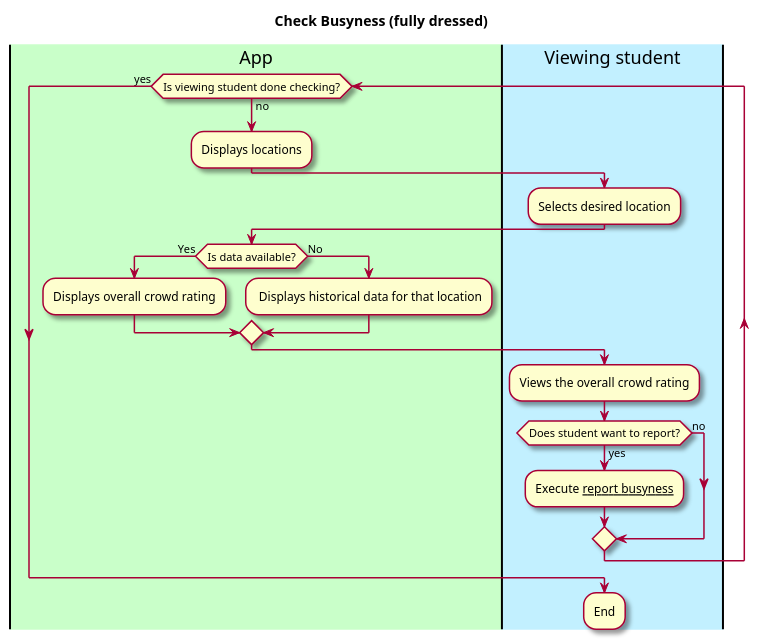
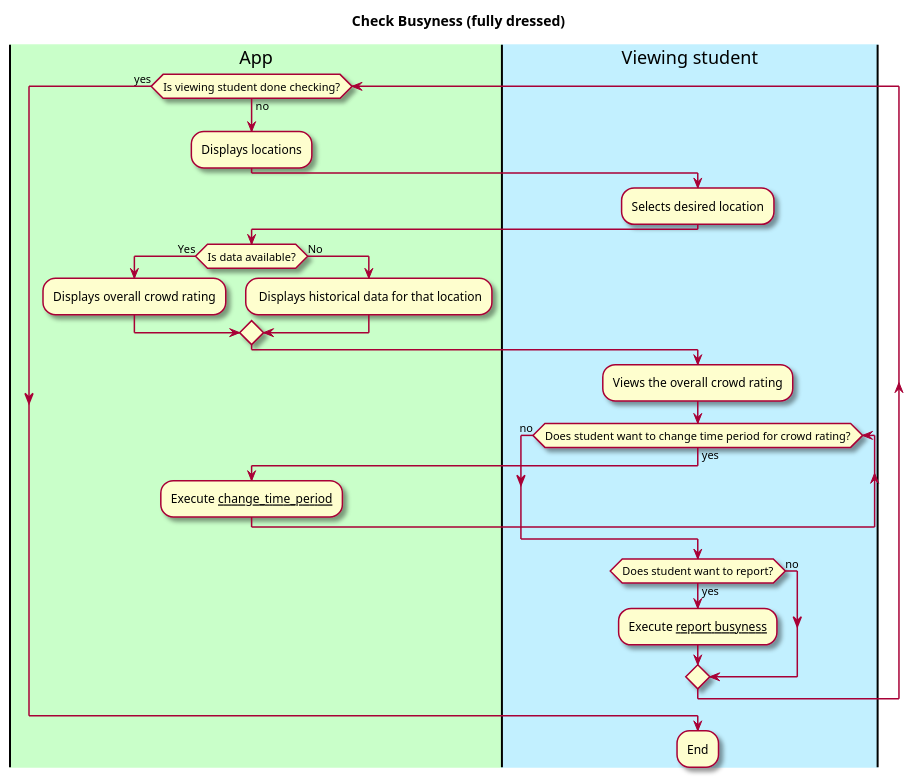
The diagram in intellij/documentation/use_cases/check_busyness.md (manoushpajouh/Vassar-Crowdmeter), drawn with PlantUML before and after one commit. The commit also changed other lines of this file and 1 other file, not shown here.

Commit message:
added change time period use case and integrated it into check_busyness

````diff
--- a/intellij/documentation/use_cases/check_busyness.md
+++ b/intellij/documentation/use_cases/check_busyness.md
@@ -58,35 +25,40 @@
 ```plantuml
 @startuml
 
 skin rose
 
 title Check Busyness (fully dressed)
 
 'define the lanes
 |#technology|App|
 |#application|Viewing student|
 
 |App|
 while (Is viewing student done checking?) is (no)
 :Displays locations;
 
 |Viewing student|
 :Selects desired location;
 
 |App|
 if (Is data available?) is (Yes) then
 :Displays overall crowd rating;
 else (No)
 : Displays historical data for that location;
 endif
 
 |Viewing student|
 :Views the overall crowd rating;
-if (Does student want to report?) is (yes) then 
+while (Does student want to change time period for crowd rating?) is (yes)
+|App|
+:Execute __change_time_period__;
+endwhile (no)
+|Viewing student|
+if (Does student want to report?) is (yes) then
 :Execute __report busyness__;
 else (no)
 endif
 endwhile (yes)
 :End; 
 @enduml
 ```
````
